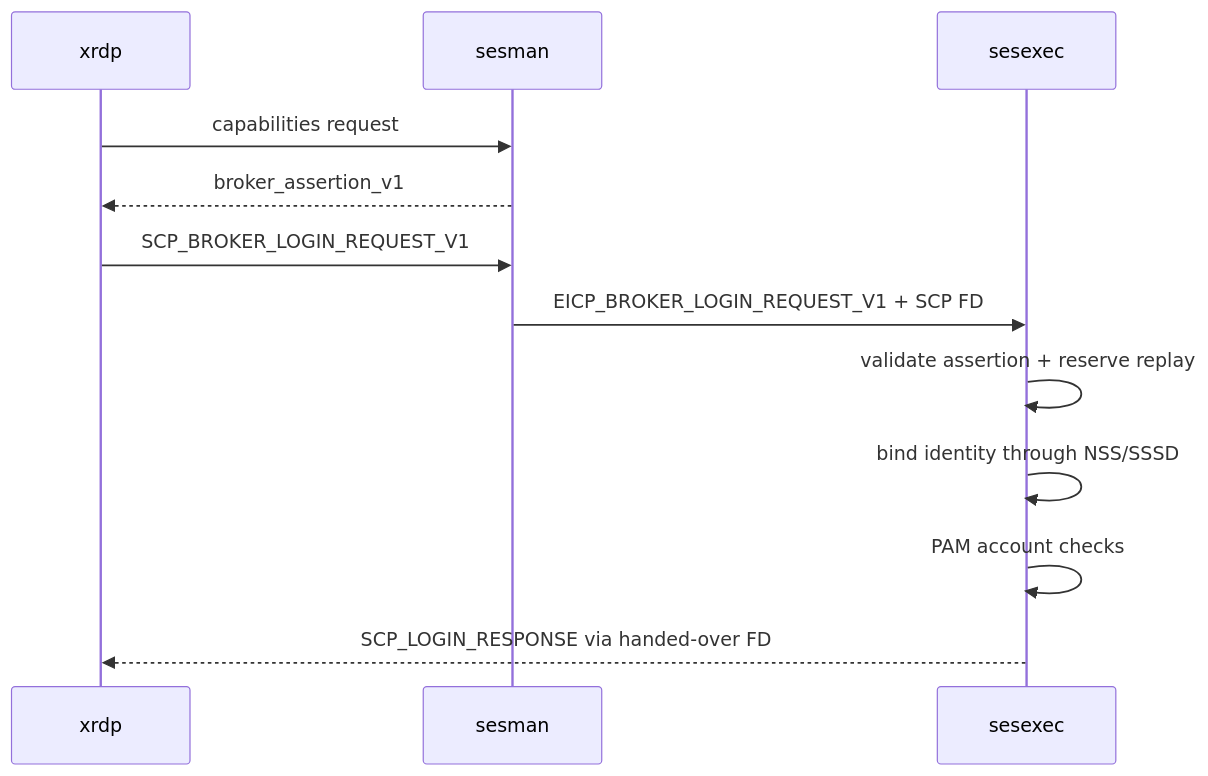
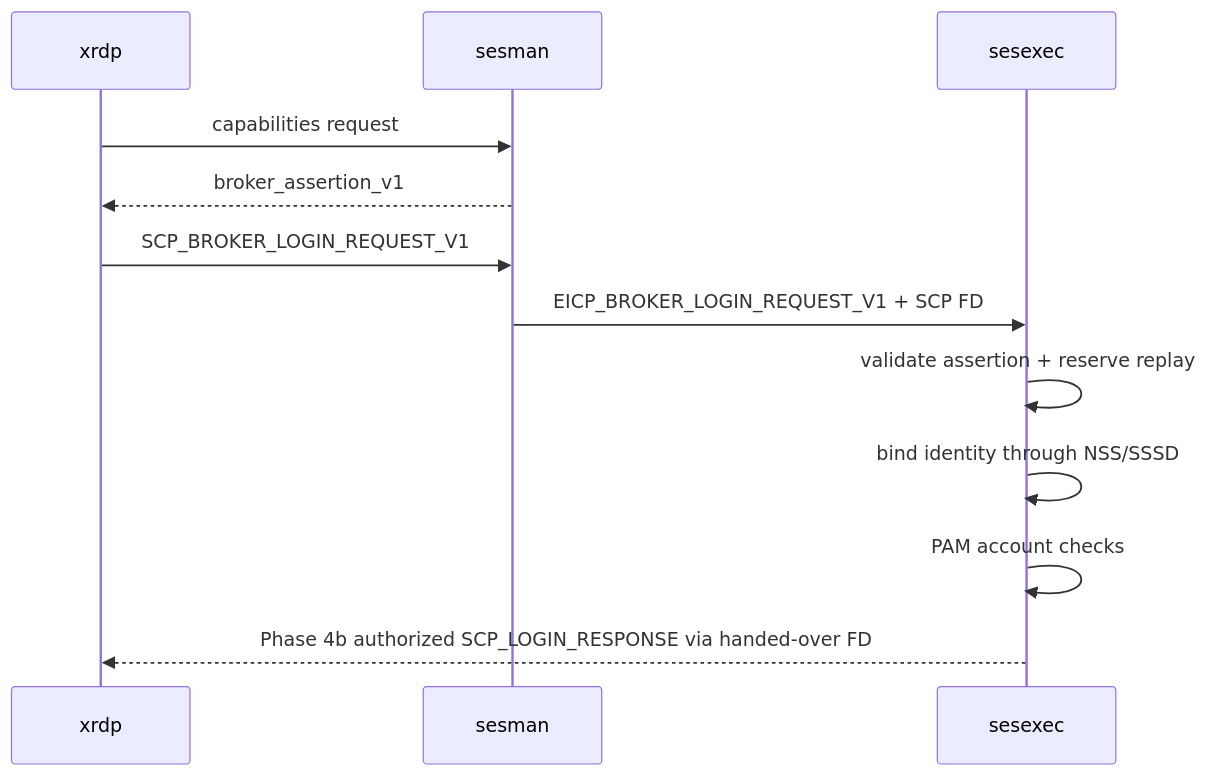
One commit to risi70/xrdp changed the diagram in specification/06-api-and-protocol-specification.md. Above: the diagram before and after it, drawn with Mermaid. The commit also changed other lines of this file and 2 other files, not shown here.

Commit message:
baf: clarify phase 4b activation diagrams and test ownership

````diff
--- a/specification/06-api-and-protocol-specification.md
+++ b/specification/06-api-and-protocol-specification.md
@@ -67,14 +73,14 @@
 ```mermaid
 sequenceDiagram
   participant X as xrdp
   participant S as sesman
   participant E as sesexec
   X->>S: capabilities request
   S-->>X: broker_assertion_v1
   X->>S: SCP_BROKER_LOGIN_REQUEST_V1
   S->>E: EICP_BROKER_LOGIN_REQUEST_V1 + SCP FD
   E->>E: validate assertion + reserve replay
   E->>E: bind identity through NSS/SSSD
   E->>E: PAM account checks
-  E-->>X: SCP_LOGIN_RESPONSE via handed-over FD
+  E-->>X: Phase 4b authorized SCP_LOGIN_RESPONSE via handed-over FD
 ```
````
